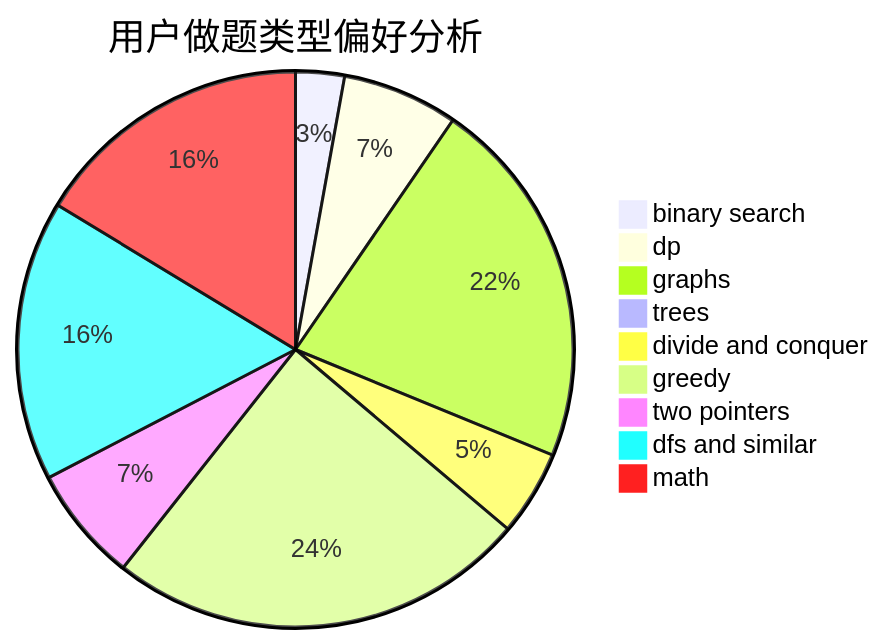
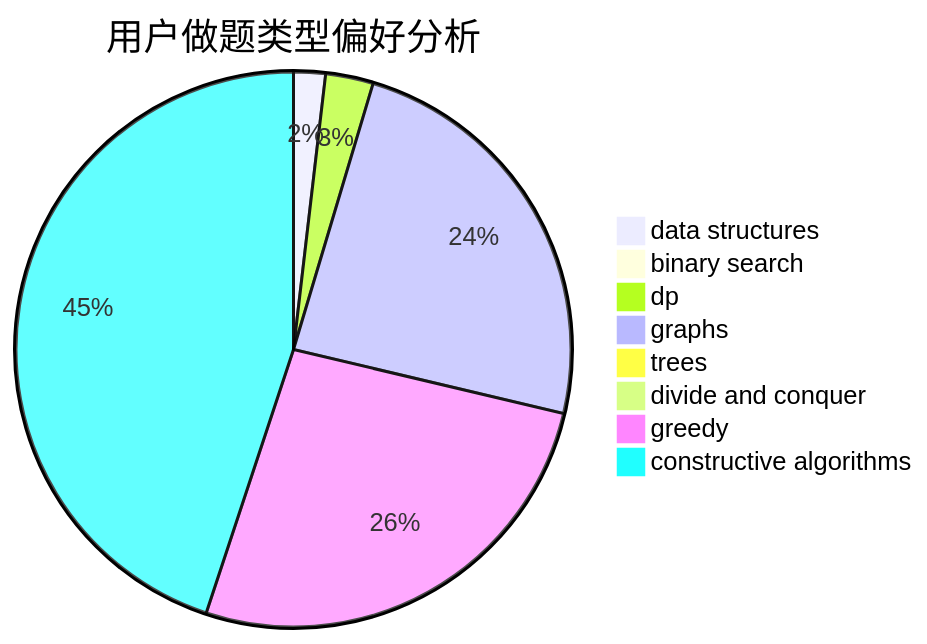
One commit to sherpahu/cfrs.github.io changed the second of 3 diagrams in docs/user/u2302.md. Above: the diagram before and after it, drawn with Mermaid. The commit also changed other lines of this file and 2775 other files, not shown here.

````diff
--- a/docs/user/u2302.md
+++ b/docs/user/u2302.md
@@ -23,12 +23,11 @@
 ```mermaid
 pie title 用户做题类型偏好分析
-    "binary search" :  8
-    "dp" :  19
-    "graphs" :  61
-    "trees" :  1
-    "divide and conquer" :  14
-    "greedy" :  69
-    "two pointers" :  19
-    "dfs and similar" :  46
-    "math" :  46
+    "data structures" :  4
+    "binary search" :  0
+    "dp" :  6
+    "graphs" :  52
+    "trees" :  0
+    "divide and conquer" :  0
+    "greedy" :  57
+    "constructive algorithms" :  97
 ```
````
